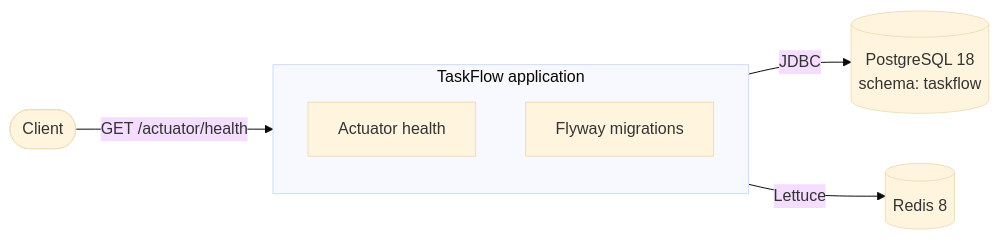
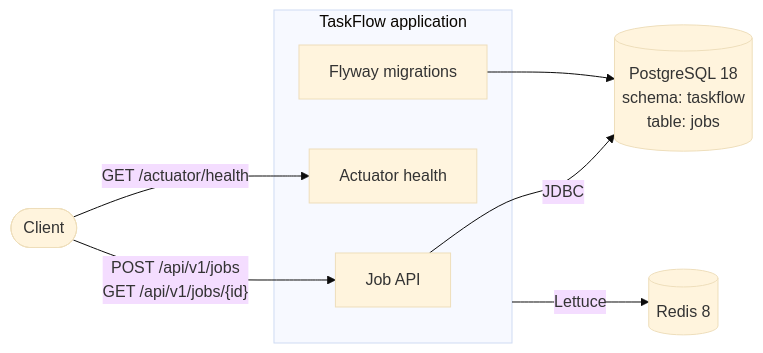
The first of 3 diagrams in docs/architecture.md (Aayaman/taskflow), drawn with Mermaid (base theme) before and after one commit. The commit also changed other lines of this file and 7 other files, not shown here.

````diff
--- a/docs/architecture.md
+++ b/docs/architecture.md
@@ -11,10 +11,13 @@
 ```mermaid
 flowchart LR
-    client([Client]) -- "GET /actuator/health" --> app
+    client([Client]) -- "POST /api/v1/jobs<br/>GET /api/v1/jobs/{id}" --> api
+    client -- "GET /actuator/health" --> actuator
     subgraph app [TaskFlow application]
+        api[Job API]
         actuator[Actuator health]
         flyway[Flyway migrations]
     end
-    app -- JDBC --> pg[("PostgreSQL 18<br/>schema: taskflow")]
+    api -- JDBC --> pg[("PostgreSQL 18<br/>schema: taskflow<br/>table: jobs")]
+    flyway --> pg
     app -- Lettuce --> redis[(Redis 8)]
 ```
````
